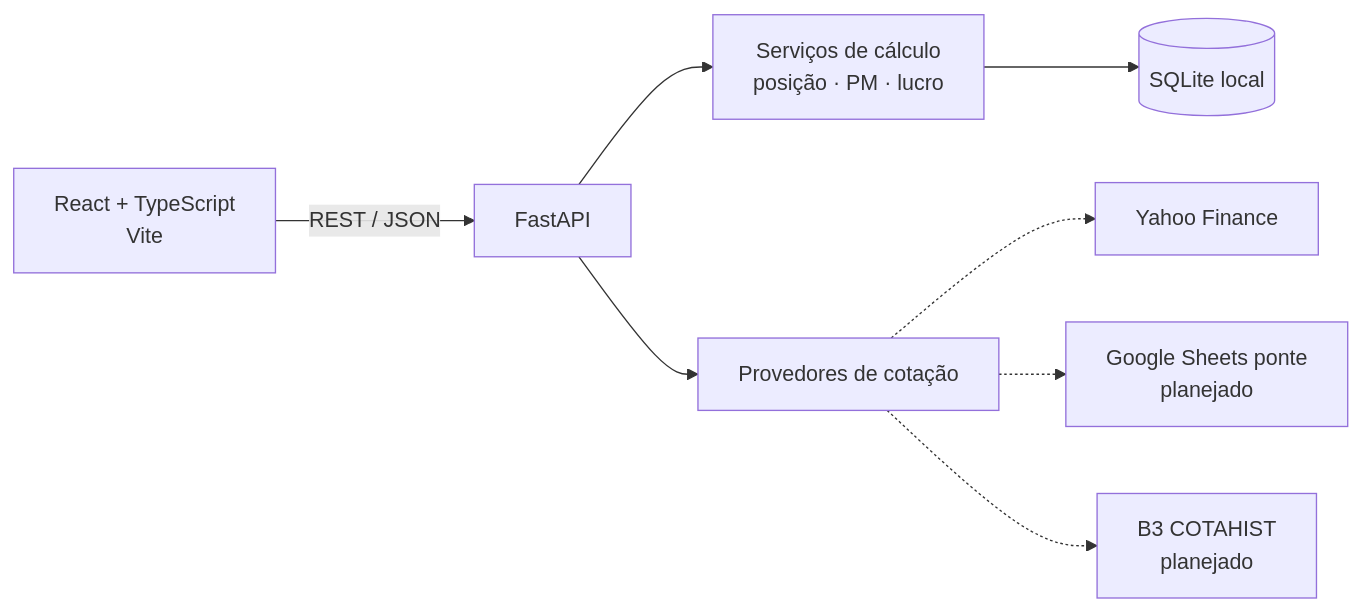
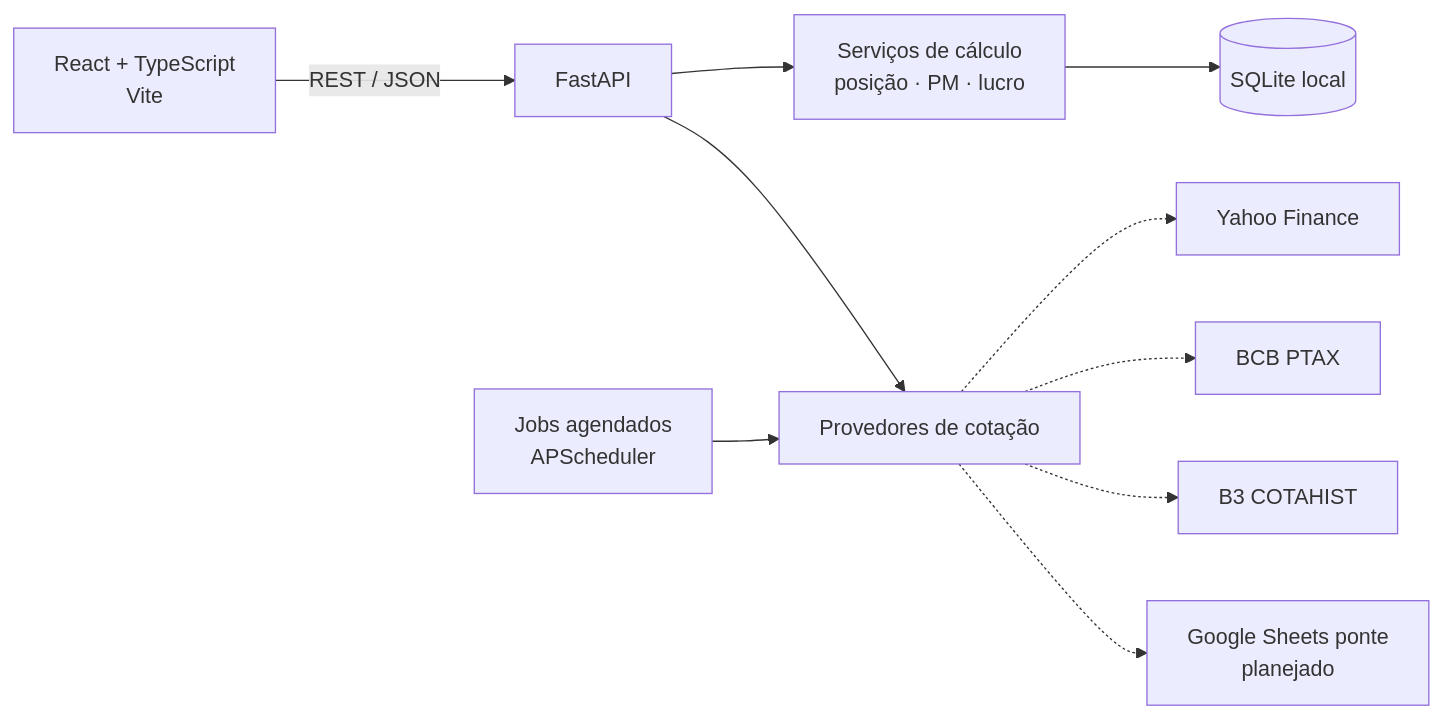
The diagram in README.md (Cristianosm91/Controle_Investimentos), drawn with Mermaid before and after one commit. The commit also changed other lines of this file and 39 other files, not shown here.

````diff
--- a/README.md
+++ b/README.md
@@ -55,10 +56,12 @@
 ```mermaid
 flowchart LR
     UI[React + TypeScript<br/>Vite] -->|REST / JSON| API[FastAPI]
     API --> SVC[Serviços de cálculo<br/>posição · PM · lucro]
     SVC --> DB[(SQLite local)]
     API --> PROV[Provedores de cotação]
+    JOB[Jobs agendados<br/>APScheduler] --> PROV
     PROV -.-> YF[Yahoo Finance]
+    PROV -.-> BCB[BCB PTAX]
+    PROV -.-> B3[B3 COTAHIST]
     PROV -.-> GS[Google Sheets ponte<br/>planejado]
-    PROV -.-> B3[B3 COTAHIST<br/>planejado]
 ```
````
